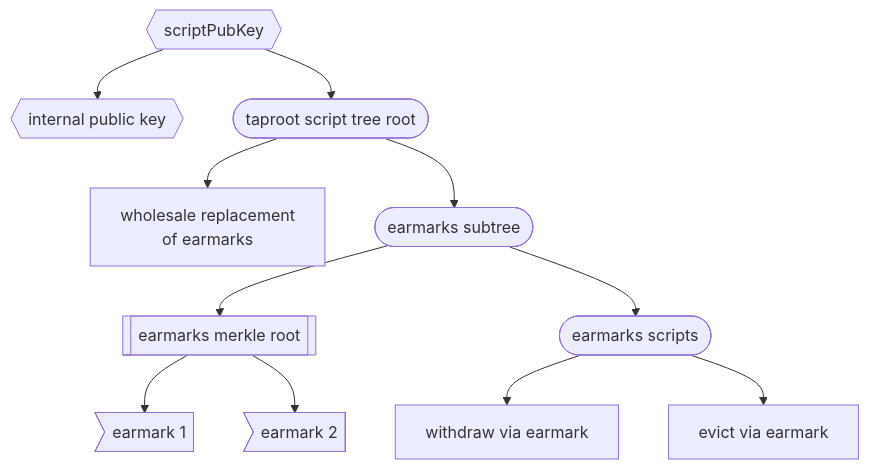
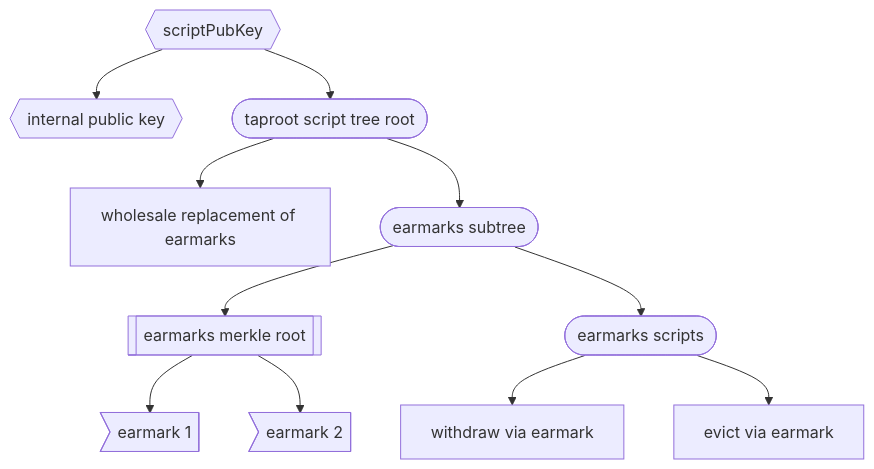
Before and after one commit to jamesob/delving-bitcoin-archive: the diagram in archive/rendered-topics/2024-11-November/2024-11-25-flexible-coin-earmarks-id1275.md, drawn with Mermaid. The commit also changed other lines of this file and 6 other files, not shown here.

````diff
--- a/archive/rendered-topics/2024-11-November/2024-11-25-flexible-coin-earmarks-id1275.md
+++ b/archive/rendered-topics/2024-11-November/2024-11-25-flexible-coin-earmarks-id1275.md
@@ -75,13 +75,13 @@
 ```mermaid height=401,auto
 flowchart
     spk{{scriptPubKey}} --> ipk{{internal public key}}
     spk --> tr([taproot script tree root])
-    tr --> coop[wholesale replacement\nof earmarks]
+    tr --> coop[wholesale replacement of earmarks]
     tr --> unco([earmarks subtree])
     unco --> em[[earmarks merkle root]]
     unco --> us([earmarks scripts])
     us -->  wd[withdraw via earmark]
     us --> ev[evict via earmark]
     em --> em1>earmark 1]
     em --> em2>earmark 2]
 ```
````
